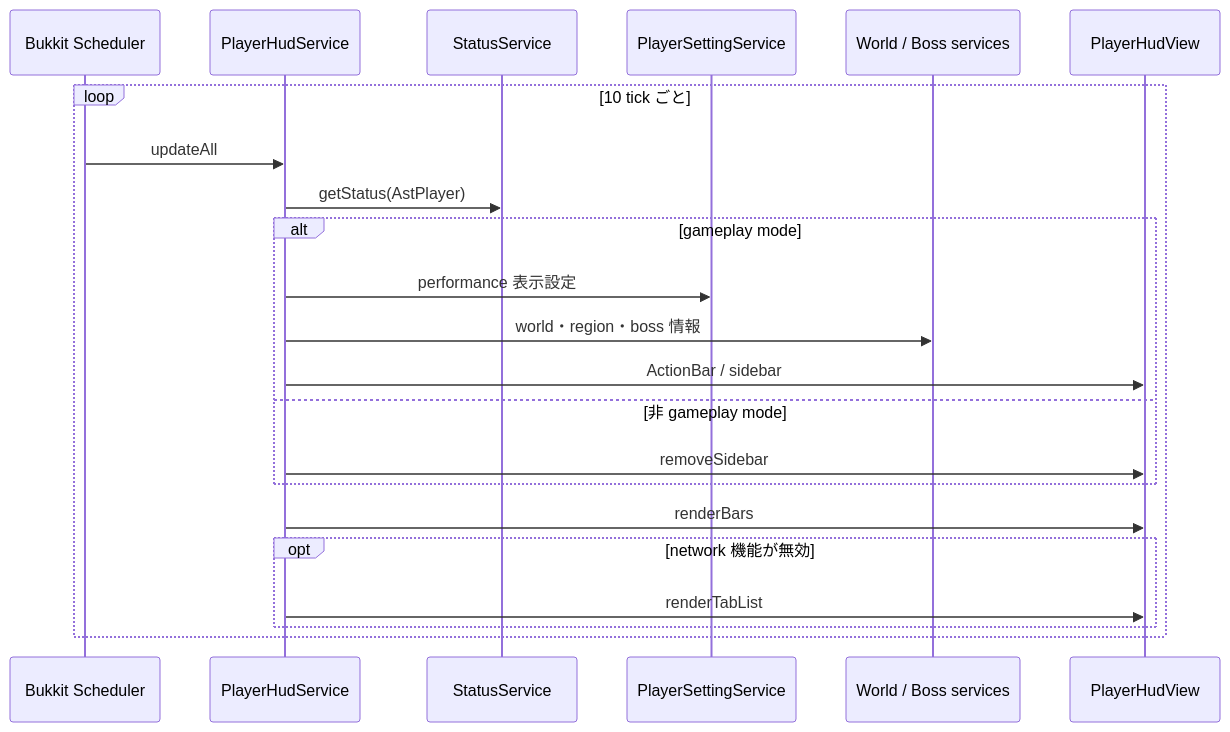
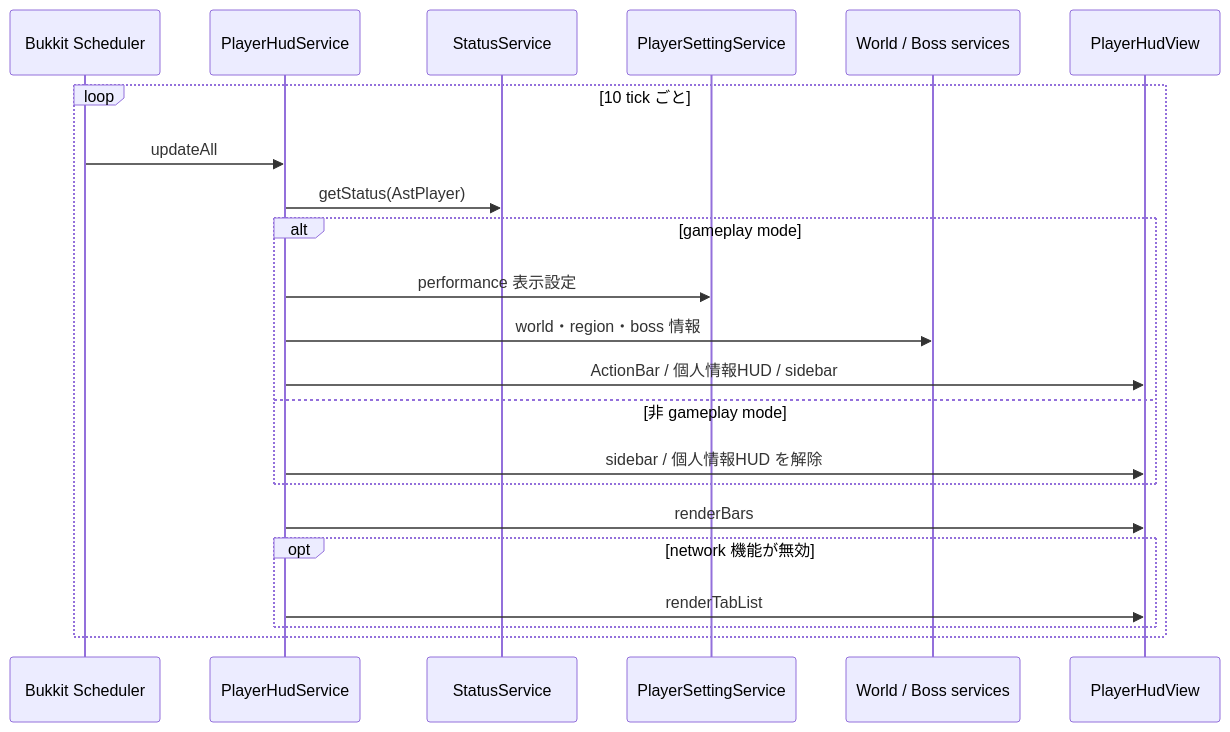
The first of 3 diagrams in 00_docs/10_Plugin設計書/feature/10-hud/10_4-統合フロー.md (maaasu/AstralRecord-Workspace), drawn with Mermaid before and after one commit. The commit also changed other lines of this file and 14 other files, not shown here.

````diff
--- a/00_docs/10_Plugin設計書/feature/10-hud/10_4-統合フロー.md
+++ b/00_docs/10_Plugin設計書/feature/10-hud/10_4-統合フロー.md
@@ -7,25 +7,25 @@
 ```mermaid
 sequenceDiagram
     participant Task as Bukkit Scheduler
     participant Hud as PlayerHudService
     participant Status as StatusService
     participant Setting as PlayerSettingService
     participant World as World / Boss services
     participant View as PlayerHudView
 
     loop 10 tick ごと
         Task->>Hud: updateAll
         Hud->>Status: getStatus(AstPlayer)
         alt gameplay mode
             Hud->>Setting: performance 表示設定
             Hud->>World: world・region・boss 情報
-            Hud->>View: ActionBar / sidebar
+            Hud->>View: ActionBar / 個人情報HUD / sidebar
         else 非 gameplay mode
-            Hud->>View: removeSidebar
+            Hud->>View: sidebar / 個人情報HUD を解除
         end
         Hud->>View: renderBars
         opt network 機能が無効
             Hud->>View: renderTabList
         end
     end
 ```
````
